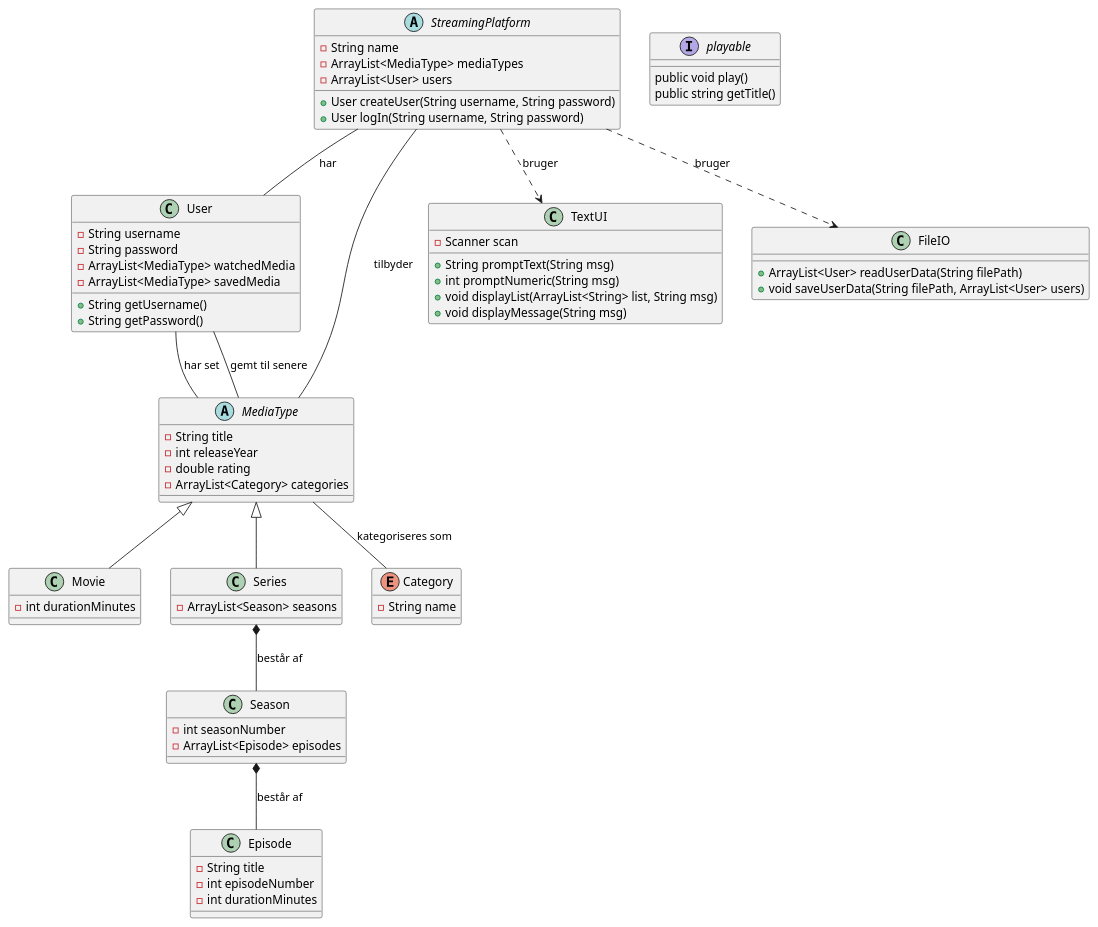
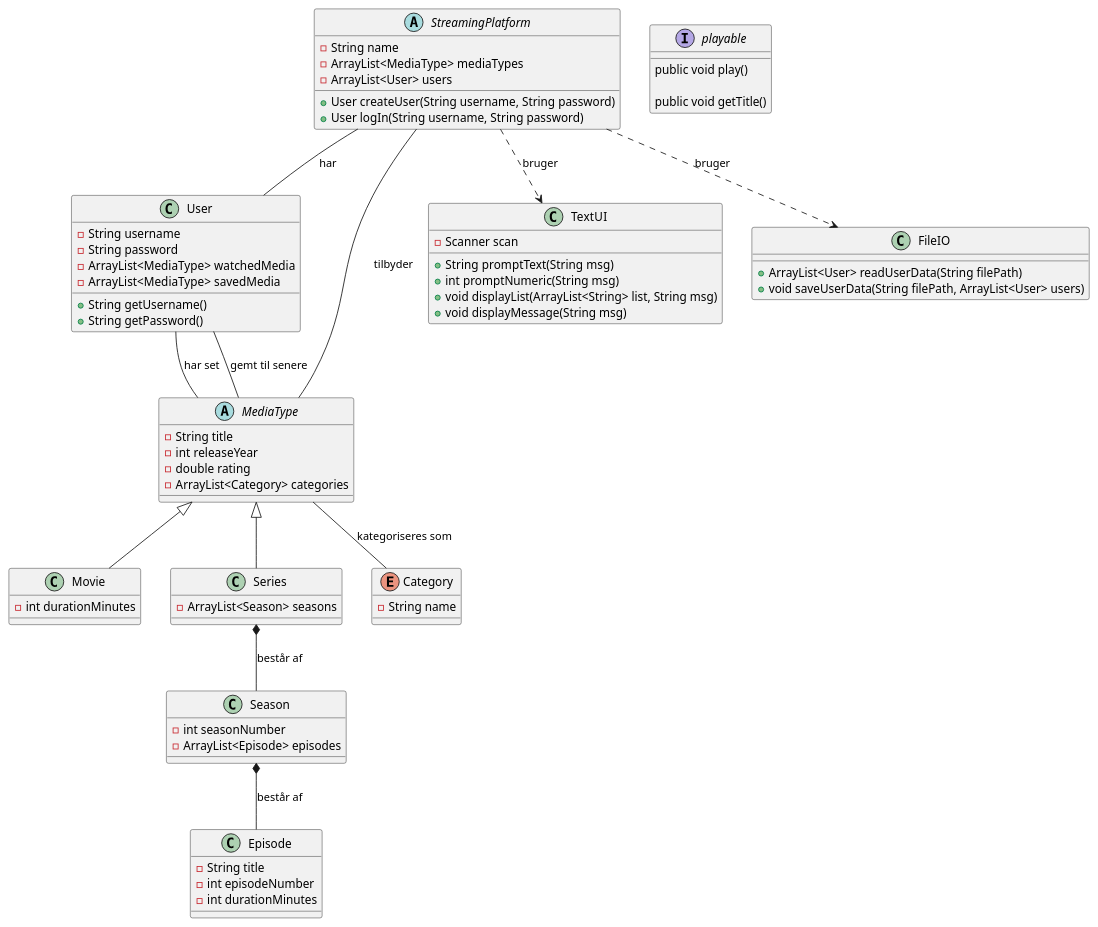
One commit to offwong/SP3 changed the diagram in doc/static/klasseDiagram.puml. Above: the diagram before and after it, drawn with PlantUML. The commit also changed 3 other files, not shown here.

```diff
--- a/doc/static/klasseDiagram.puml
+++ b/doc/static/klasseDiagram.puml
@@ -1,92 +1,92 @@
 @startuml classDiagram
 
 abstract class StreamingPlatform {
   - String name
   - ArrayList<MediaType> mediaTypes
   - ArrayList<User> users
 
   + User createUser(String username, String password)
   + User logIn(String username, String password)
 }
 
 class User {
   - String username
   - String password
   - ArrayList<MediaType> watchedMedia
   - ArrayList<MediaType> savedMedia
 
   + String getUsername()
   + String getPassword()
 }
 
 abstract class MediaType {
   - String title
   - int releaseYear
   - double rating
   - ArrayList<Category> categories
 }
 
 class Movie {
   - int durationMinutes
 }
 
 class Series {
   - ArrayList<Season> seasons
 }
 
 class Season {
   - int seasonNumber
   - ArrayList<Episode> episodes
 }
 
 class Episode {
   - String title
   - int episodeNumber
   - int durationMinutes
 }
 
 enum Category {
   - String name
 }
 
 class TextUI {
   - Scanner scan
 
   + String promptText(String msg)
   + int promptNumeric(String msg)
   + void displayList(ArrayList<String> list, String msg)
   + void displayMessage(String msg)
 }
 
 class FileIO {
   + ArrayList<User> readUserData(String filePath)
   + void saveUserData(String filePath, ArrayList<User> users)
 }
 
 interface playable {
 
 public void play()
-public string getTitle()
 
+public void getTitle()
 
 
 }
 
 StreamingPlatform -- User : har
 StreamingPlatform -- MediaType : tilbyder
 
 MediaType <|-- Movie
 MediaType <|-- Series
 
 MediaType -- Category : kategoriseres som
 
 User -- MediaType : har set
 User -- MediaType : gemt til senere
 
 Series *-- Season : består af
 Season *-- Episode : består af
 
 StreamingPlatform ..> TextUI : bruger
 StreamingPlatform ..> FileIO : bruger
 
 @enduml
```
